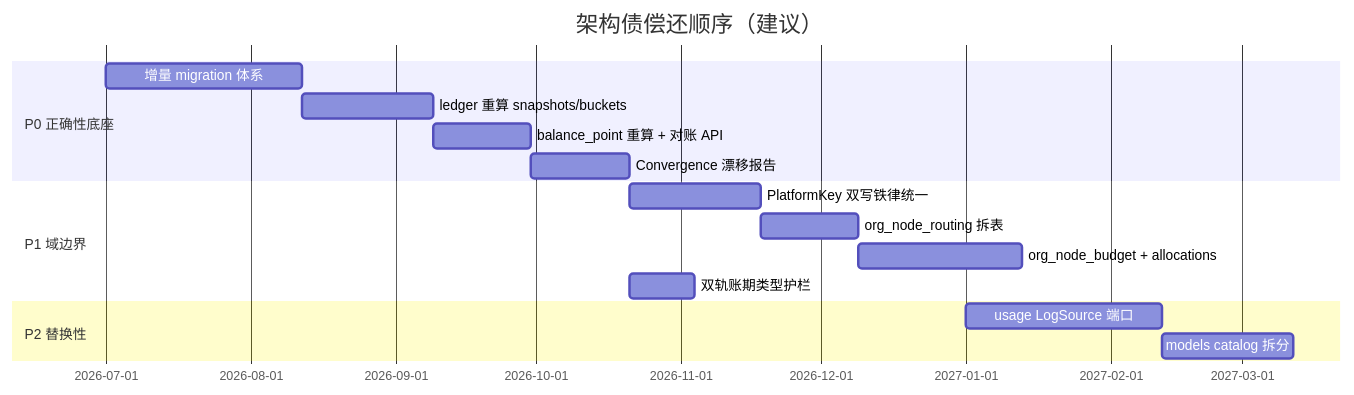
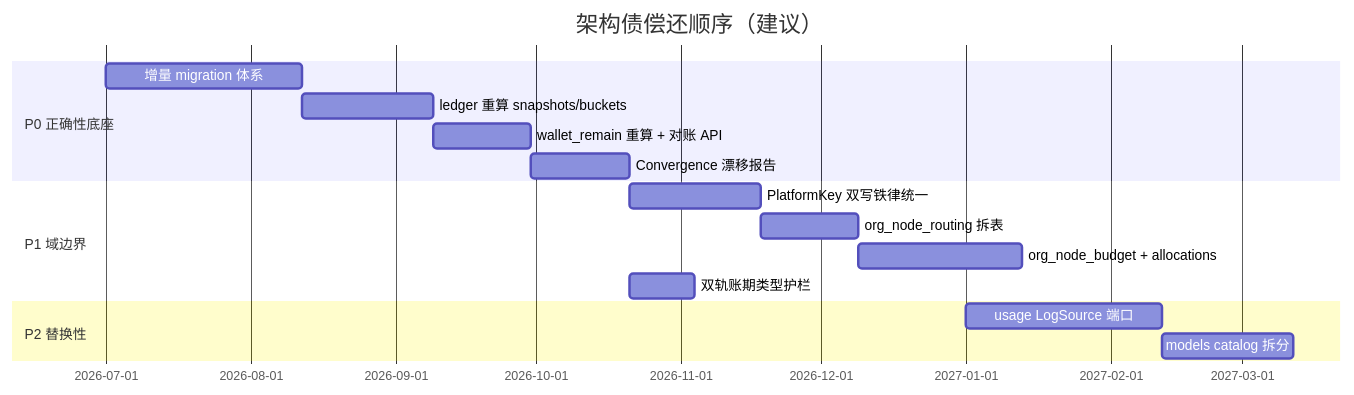
Before and after one commit to quyip8818/mytokenjoy: the sixth of 6 diagrams in docs/架构评审-系统与数据模型.md, drawn with Mermaid. The commit also changed other lines of this file and 12 other files, not shown here.

````diff
--- a/docs/架构评审-系统与数据模型.md
+++ b/docs/架构评审-系统与数据模型.md
@@ -421,18 +423,18 @@
 ```mermaid
 gantt
   title 架构债偿还顺序（建议）
   dateFormat YYYY-MM
   section P0 正确性底座
   增量 migration 体系           :p02, 2026-07, 6w
   ledger 重算 snapshots/buckets :p01, after p02, 4w
-  balance_point 重算 + 对账 API  :p01b, after p01, 3w
+  wallet_remain 重算 + 对账 API  :p01b, after p01, 3w
   Convergence 漂移报告          :p03, after p01b, 3w
   section P1 域边界
   PlatformKey 双写铁律统一      :p12, after p03, 4w
   org_node_routing 拆表           :p11a, after p12, 3w
   org_node_budget + allocations :p11b, after p11a, 5w
   双轨账期类型护栏              :p13, after p03, 2w
   section P2 替换性
   usage LogSource 端口          :p21, 2027-01, 6w
   models catalog 拆分           :p22, after p21, 4w
 ```
````
